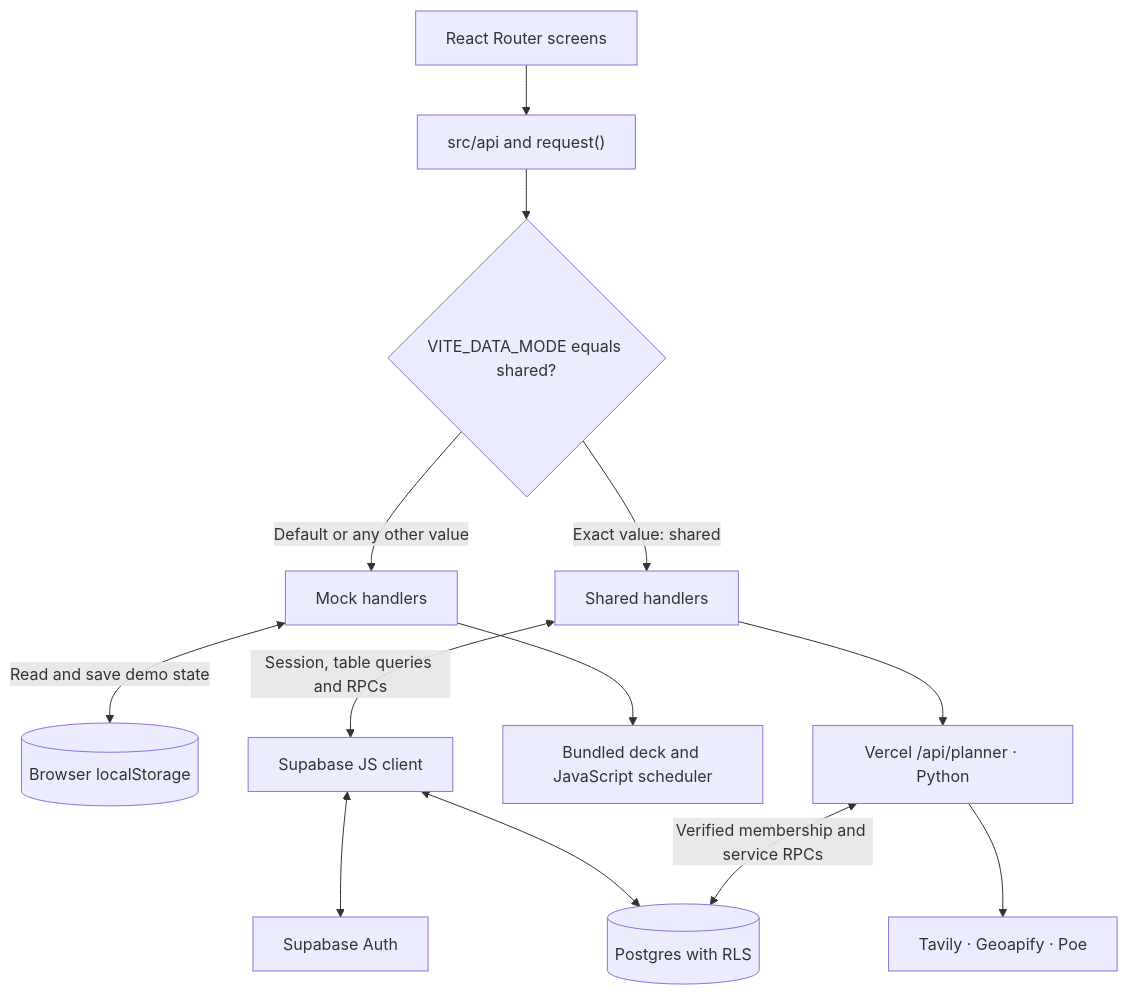
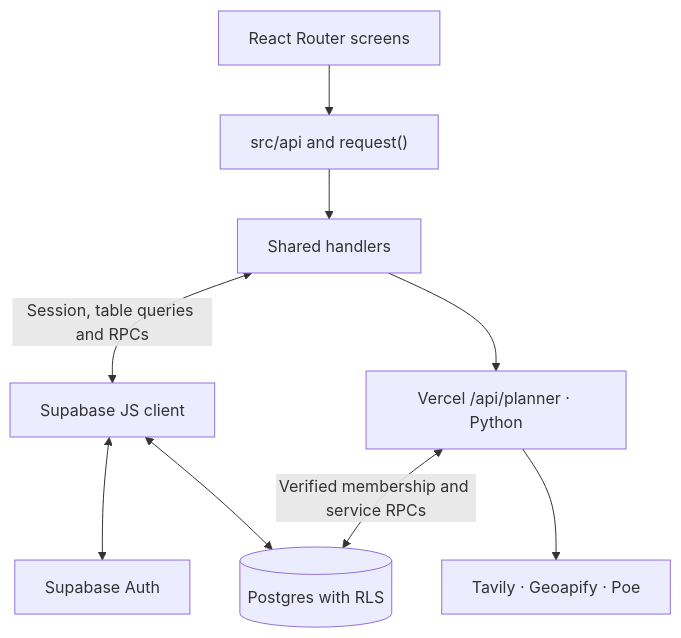
One commit to claranatalie01/Cathay-Together changed the second of 4 diagrams in cathay-app/ARCHITECTURE.md. Above: the diagram before and after it, drawn with Mermaid. The commit also changed other lines of this file and 57 other files, not shown here.

Commit message:
cleaning up codebase, removing the mock demo

````diff
--- a/cathay-app/ARCHITECTURE.md
+++ b/cathay-app/ARCHITECTURE.md
@@ -24,15 +24,11 @@
 ```mermaid
 flowchart TD
     screens["React Router screens"] --> api["src/api and request()"]
-    api --> mode{"VITE_DATA_MODE equals shared?"}
-    mode -->|"Default or any other value"| mock["Mock handlers"]
-    mode -->|"Exact value: shared"| shared["Shared handlers"]
-    mock <-->|"Read and save demo state"| local[("Browser localStorage")]
+    api --> shared["Shared handlers"]
     shared <-->|"Session, table queries and RPCs"| supabase["Supabase JS client"]
     supabase <--> auth["Supabase Auth"]
     supabase <--> postgres[("Postgres with RLS")]
-    mock --> localplan["Bundled deck and JavaScript scheduler"]
     shared --> planner["Vercel /api/planner · Python"]
     planner --> providers["Tavily · Geoapify · Poe"]
     planner <-->|"Verified membership and service RPCs"| postgres
 ```
````
